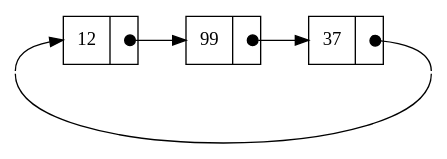
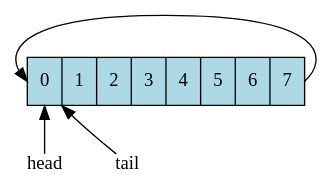
One commit to townmath/cisp400-reader changed the fourth of 11 diagrams in _sources/stack/queue.rst. Above: the diagram before and after it, drawn with Graphviz. The commit also changed other lines of this file and 37 other files, not shown here.

```diff
--- a/_sources/stack/queue.rst
+++ b/_sources/stack/queue.rst
@@ -182,21 +207,18 @@
-.. graphviz::
-   :align: center
-   :alt: ring buffer
+      .. graphviz:: 
+         :align: center
+         :alt: empty buffer - linear representation
 
-   digraph {
-     node[shape=record];
-     graph[pencolor=transparent];
-     rankdir=LR;
-     p1[label="{<data> 12|<next>}"];
-     p2[label="{<data> 99|<next>}"];
-     p3[label="{<data> 37|<next>}"];
-
-     edge[tailclip=false,arrowtail=dot,dir=both];
-
-     {node[shape=point height=0] p0 p4} // make p0 and p4 to small to see
-     p0:n -> p1[arrowtail=none]
-     p0:s -> p4:s[dir=none] // add edge with no arrow to make it look like one long edge, also make p0 the tail so we don't have a recursition that may course dot to rearange the nodes
-     p1:next:c -> p2:data;
-     p2:next:c -> p3:data;
-     p3:next:c -> p4:n[arrowhead=none]
-   }
+         digraph {
+           node [fontname = "Bitstream Vera Sans", 
+                  fontsize=14,
+                  shape=record, 
+                  style=filled, 
+                  fillcolor=lightblue
+           ];
+           ring [label="<f0>0 | <f1>1 | <f2>2 | <f3>3 | <f4>4 | <f5>5 | <f6>6 | <f7>7 "] 
+           ring:f7:e -> ring:f0:w
+           node [shape=plain, style=""];
+           ring:f0 -> head [dir=back]
+           ring:f3 -> tail [style=invis]
+           ring:f0:se -> tail [dir=back]
+         }
```
